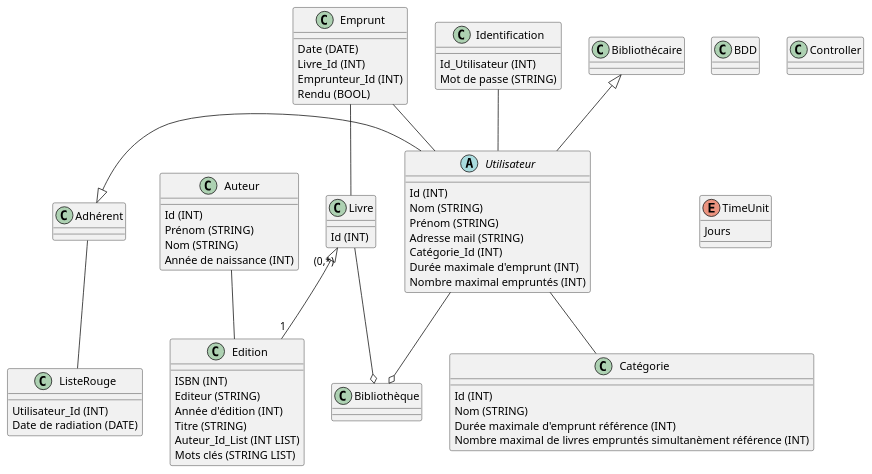
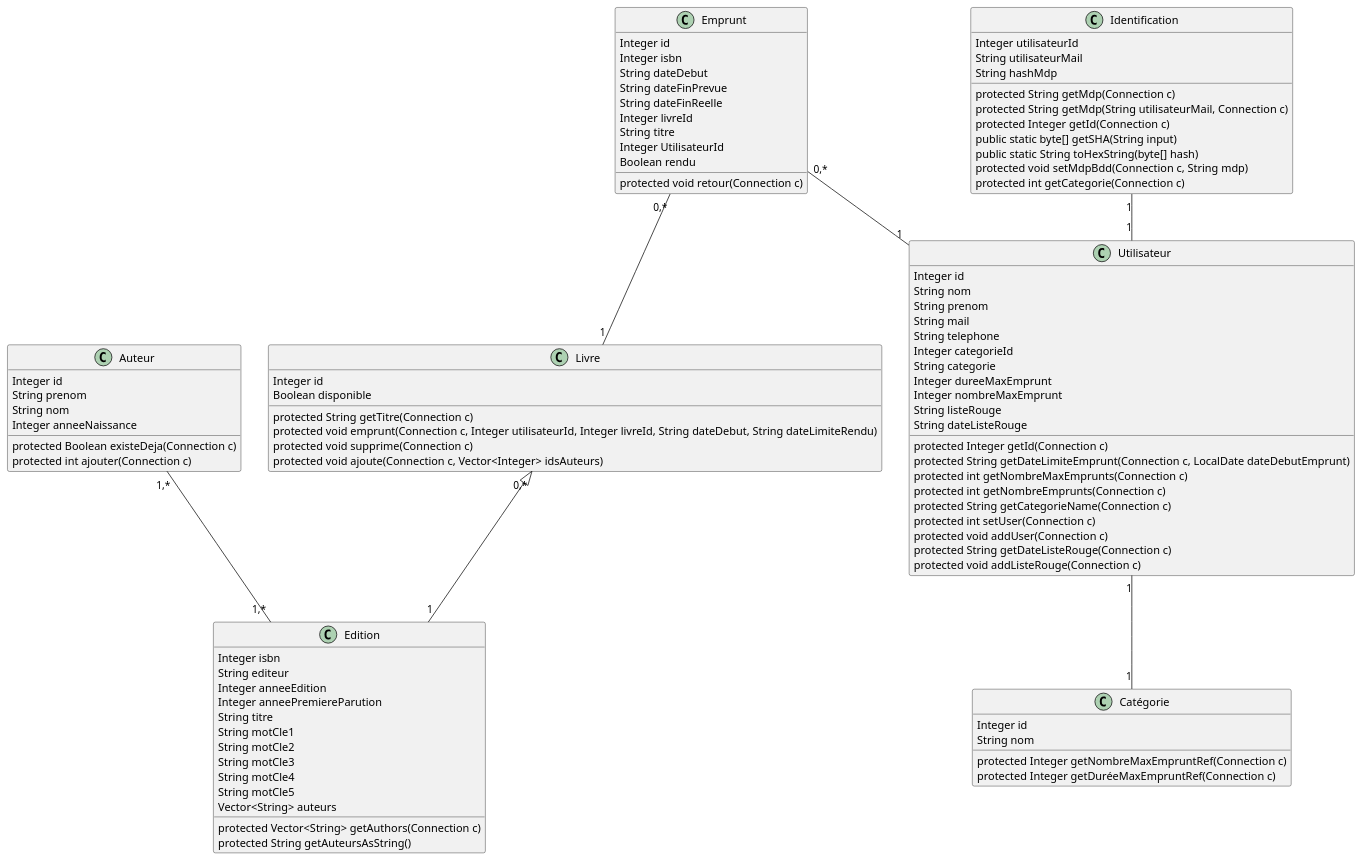
One commit to BooValooo/Library_Management_Software changed the diagram in src/main/resources/Classes.puml. Above: the diagram before and after it, drawn with PlantUML. The commit also changed 11 other files, not shown here.

Commit message:
Suppression du BDD Connector pour le mettre dans la classe Controller. Modification des diagrammes UML.

```diff
--- a/src/main/resources/Classes.puml
+++ b/src/main/resources/Classes.puml
@@ -1,90 +1,112 @@
 @startuml
 'https://plantuml.com/class-diagram
 
-abstract class Utilisateur {
-Id (INT)
-Nom (STRING)
-Prénom (STRING)
-Adresse mail (STRING)
-Catégorie_Id (INT)
-Durée maximale d'emprunt (INT)
-Nombre maximal empruntés (INT)
 
+class Auteur {
+    Integer id
+    String prenom
+    String nom
+    Integer anneeNaissance
+    protected Boolean existeDeja(Connection c)
+    protected int ajouter(Connection c)
 }
 
-class Bibliothèque {
-}
-
-class BDD{
+class Catégorie {
+    Integer id
+    String nom
+    protected Integer getNombreMaxEmpruntRef(Connection c)
+    protected Integer getDuréeMaxEmpruntRef(Connection c)
 }
 
 class Edition {
-ISBN (INT)
-Editeur (STRING)
-Année d'édition (INT)
-Titre (STRING)
-Auteur_Id_List (INT LIST)
-Mots clés (STRING LIST)
+    Integer isbn
+    String editeur
+    Integer anneeEdition
+    Integer anneePremiereParution
+    String titre
+    String motCle1
+    String motCle2
+    String motCle3
+    String motCle4
+    String motCle5
+    Vector<String> auteurs
+    protected Vector<String> getAuthors(Connection c)
+    protected String getAuteursAsString()
+}
+
+class Emprunt {
+    Integer id
+    Integer isbn
+    String dateDebut
+    String dateFinPrevue
+    String dateFinReelle
+    Integer livreId
+    String titre
+    Integer UtilisateurId
+    Boolean rendu
+    protected void retour(Connection c)
+}
+
+class Identification {
+    Integer utilisateurId
+    String utilisateurMail
+    String hashMdp
+    protected String getMdp(Connection c)
+    protected String getMdp(String utilisateurMail, Connection c)
+    protected Integer getId(Connection c)
+    public static byte[] getSHA(String input)
+    public static String toHexString(byte[] hash)
+    protected void setMdpBdd(Connection c, String mdp)
+    protected int getCategorie(Connection c)
 }
 
 class Livre {
-Id (INT)
+    Integer id
+    Boolean disponible
+    protected String getTitre(Connection c)
+    protected void emprunt(Connection c, Integer utilisateurId, Integer livreId, String dateDebut, String dateLimiteRendu)
+    protected void supprime(Connection c)
+    protected void ajoute(Connection c, Vector<Integer> idsAuteurs)
 }
 
-class Auteur {
-Id (INT)
-Prénom (STRING)
-Nom (STRING)
-Année de naissance (INT)
+class Utilisateur {
+    Integer id
+    String nom
+    String prenom
+    String mail
+    String telephone
+    Integer categorieId
+    String categorie
+    Integer dureeMaxEmprunt
+    Integer nombreMaxEmprunt
+    String listeRouge
+    String dateListeRouge
+    protected Integer getId(Connection c)
+    protected String getDateLimiteEmprunt(Connection c, LocalDate dateDebutEmprunt)
+    protected int getNombreMaxEmprunts(Connection c)
+    protected int getNombreEmprunts(Connection c)
+    protected String getCategorieName(Connection c)
+    protected int setUser(Connection c)
+    protected void addUser(Connection c)
+    protected String getDateListeRouge(Connection c)
+    protected void addListeRouge(Connection c)
 }
 
-class Emprunt {
-Date (DATE)
-Livre_Id (INT)
-Emprunteur_Id (INT)
-Rendu (BOOL)
-}
 
-class Identification {
-Id_Utilisateur (INT)
-Mot de passe (STRING)
-}
+Livre "0,*" <|-- "1" Edition
 
-class Adhérent {
-}
-
-Class Catégorie {
-Id (INT)
-Nom (STRING)
-Durée maximale d'emprunt référence (INT)
-Nombre maximal de livres empruntés simultanèment référence (INT)
-}
-
-class ListeRouge {
-Utilisateur_Id (INT)
-Date de radiation (DATE)
-}
-
-class Controller{
-}
-
-Bibliothécaire <|-- Utilisateur
-Adhérent <|- Utilisateur
-
-Livre "(0,*)" <|-- "1" Edition
-Utilisateur --o Bibliothèque
-Livre --o Bibliothèque
-
-Identification -- Utilisateur
-Utilisateur -- Catégorie
-Adhérent -- ListeRouge
-Auteur -- Edition
-Emprunt -- Utilisateur
-Emprunt -- Livre
+Utilisateur "1" -- "1" Catégorie
+Auteur "1,*" -- "1,*" Edition
+Emprunt "0,*"--"1" Utilisateur
+Emprunt "0,*" -- "1" Livre
+Identification "1" -- "1" Utilisateur
 
 
-enum TimeUnit {
-Jours
-}
+
+
+
+
+
+
 
 @enduml
```
